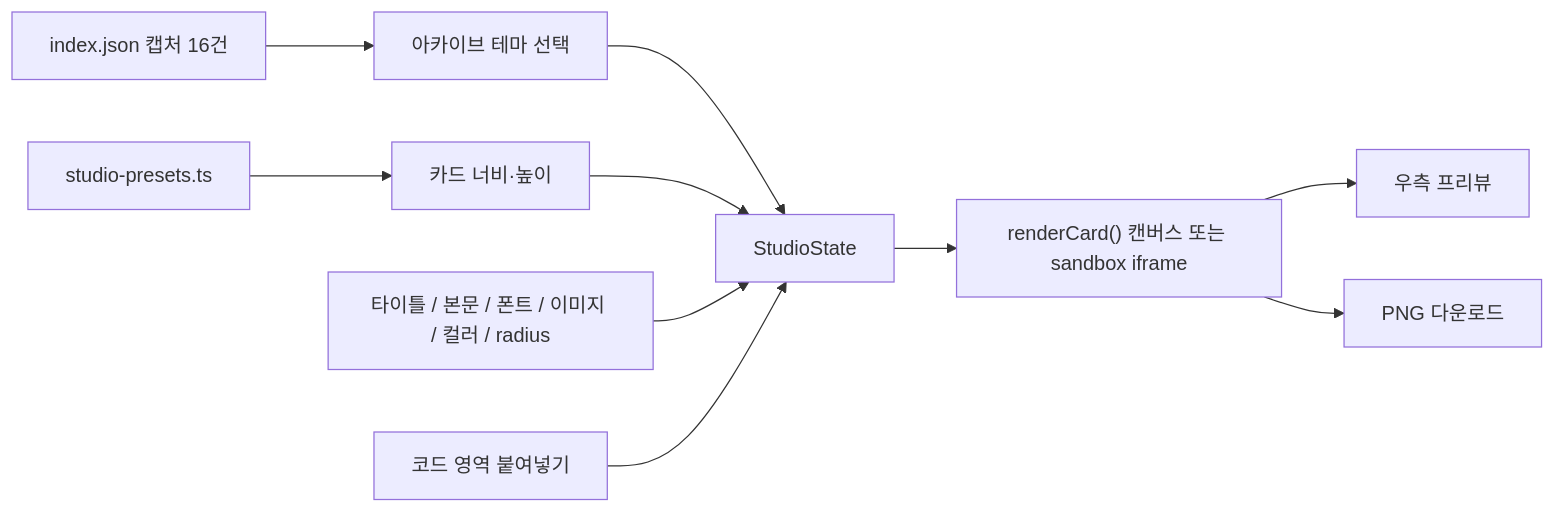
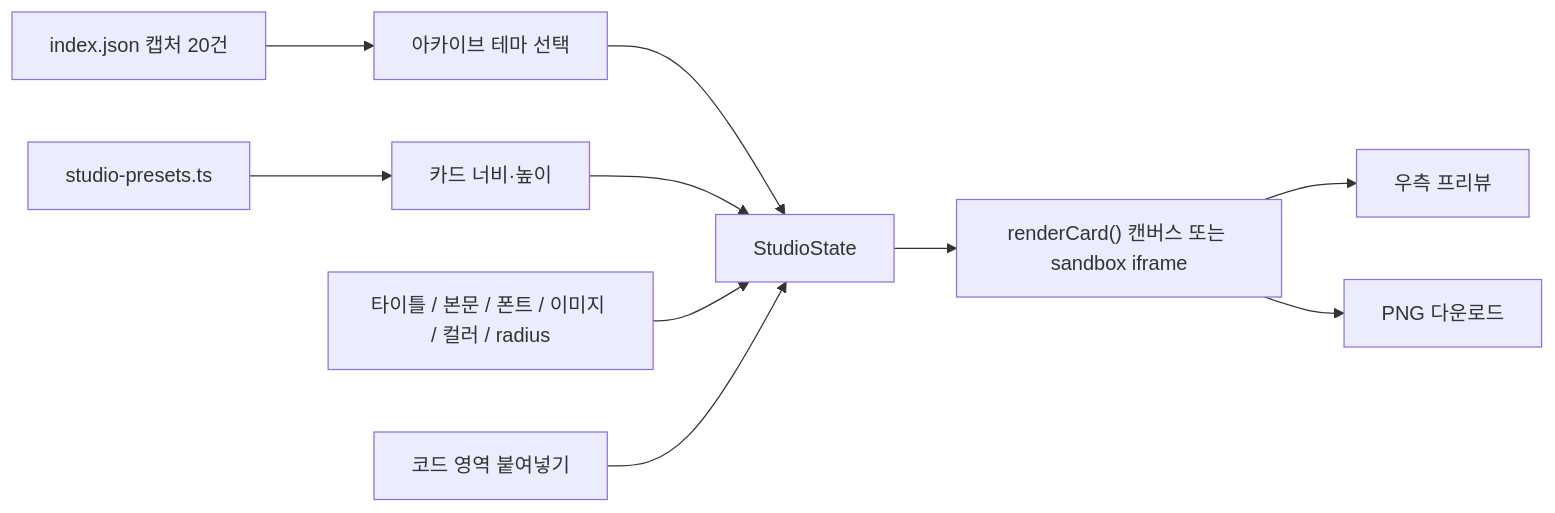
One commit to woongs2021/AX-DESIGN-TOOL changed the diagram in docs/phase-1-online-marketing-studio.md. Above: the diagram before and after it, drawn with Mermaid. The commit also changed other lines of this file and 17 other files, not shown here.

````diff
--- a/docs/phase-1-online-marketing-studio.md
+++ b/docs/phase-1-online-marketing-studio.md
@@ -124,12 +126,12 @@
 ```mermaid
 flowchart LR
-  index["index.json 캡처 16건"] --> theme["아카이브 테마 선택"]
+  index["index.json 캡처 20건"] --> theme["아카이브 테마 선택"]
   preset["studio-presets.ts"] --> size["카드 너비·높이"]
   theme --> state["StudioState"]
   size --> state
   inputs["타이틀 / 본문 / 폰트 / 이미지 / 컬러 / radius"] --> state
   code["코드 영역 붙여넣기"] --> state
   state --> render["renderCard() 캔버스 또는 sandbox iframe"]
   render --> preview["우측 프리뷰"]
   render --> png["PNG 다운로드"]
 ```
````
